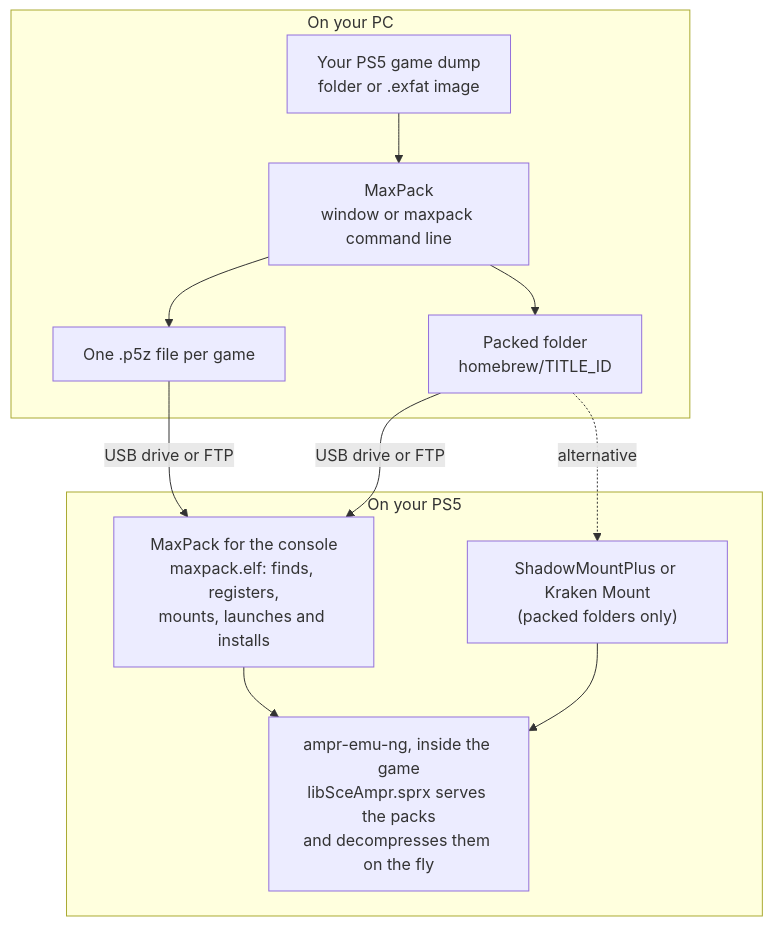
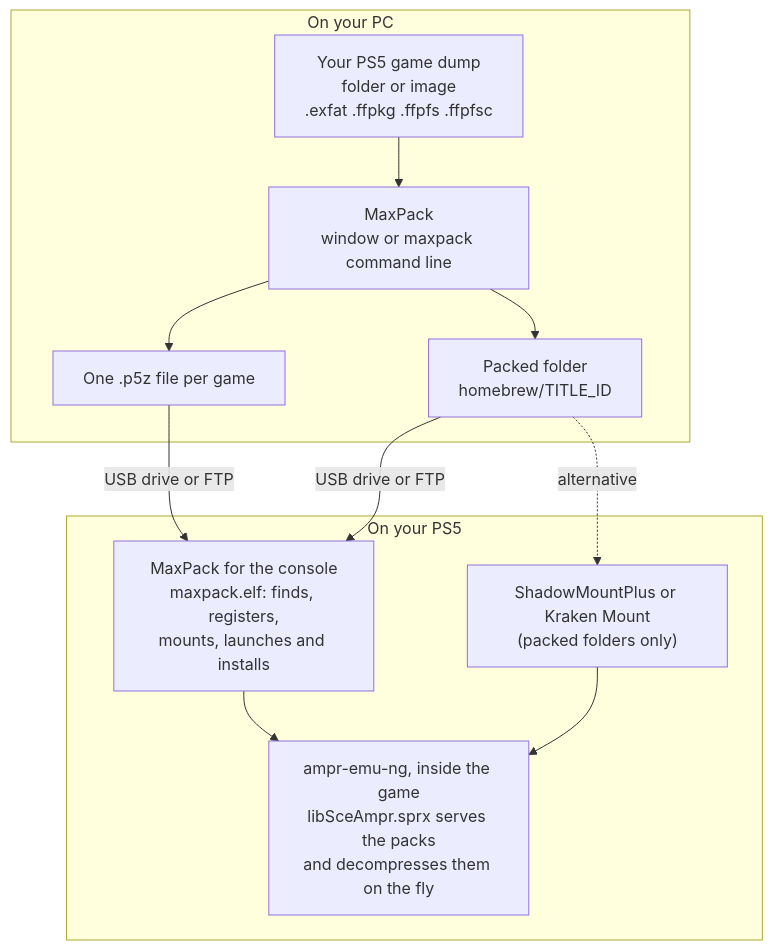
The second of 2 diagrams in README.md (DeLFuS77/maxpack), drawn with Mermaid before and after one commit. The commit also changed other lines of this file and 4 other files, not shown here.

````diff
--- a/README.md
+++ b/README.md
@@ -237,22 +241,22 @@
 ```mermaid
 flowchart TD
     subgraph PC["On your PC"]
-        DUMP["Your PS5 game dump<br/>folder or .exfat image"]
+        DUMP["Your PS5 game dump<br/>folder or image<br/>.exfat .ffpkg .ffpfs .ffpfsc"]
         APP["MaxPack<br/>window or maxpack command line"]
         P5Z["One .p5z file per game"]
         FOLDER["Packed folder<br/>homebrew/TITLE_ID"]
         DUMP --> APP
         APP --> P5Z
         APP --> FOLDER
     end
     subgraph PS5["On your PS5"]
         MPC["MaxPack for the console<br/>maxpack.elf: finds, registers,<br/>mounts, launches and installs"]
         ALT["ShadowMountPlus or Kraken Mount<br/>(packed folders only)"]
         RT["ampr-emu-ng, inside the game<br/>libSceAmpr.sprx serves the packs<br/>and decompresses them on the fly"]
         MPC --> RT
         ALT --> RT
     end
     P5Z -->|"USB drive or FTP"| MPC
     FOLDER -->|"USB drive or FTP"| MPC
     FOLDER -.->|"alternative"| ALT
 ```
````
